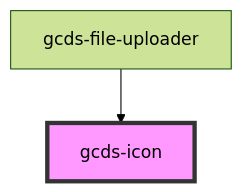
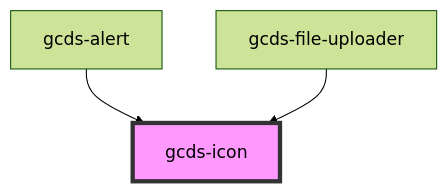
One commit to cds-snc/gcds-components changed the diagram in src/components/gcds-icon/readme.md. Above: the diagram before and after it, drawn with Mermaid (forest theme). The commit also changed other lines of this file and 7 other files, not shown here.

Commit message:
add gcds-alert component

````diff
--- a/src/components/gcds-icon/readme.md
+++ b/src/components/gcds-icon/readme.md
@@ -25,5 +26,6 @@
 ```mermaid
 graph TD;
+  gcds-alert --> gcds-icon
   gcds-file-uploader --> gcds-icon
   style gcds-icon fill:#f9f,stroke:#333,stroke-width:4px
 ```
````
